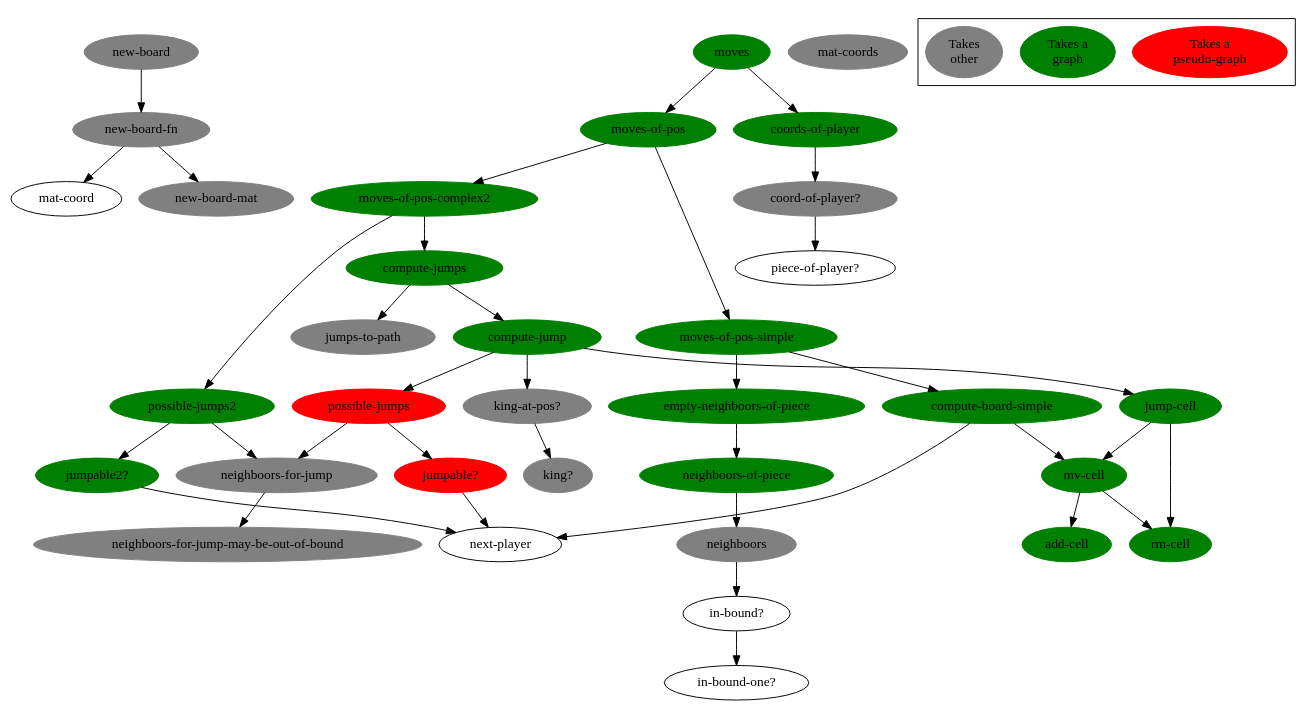
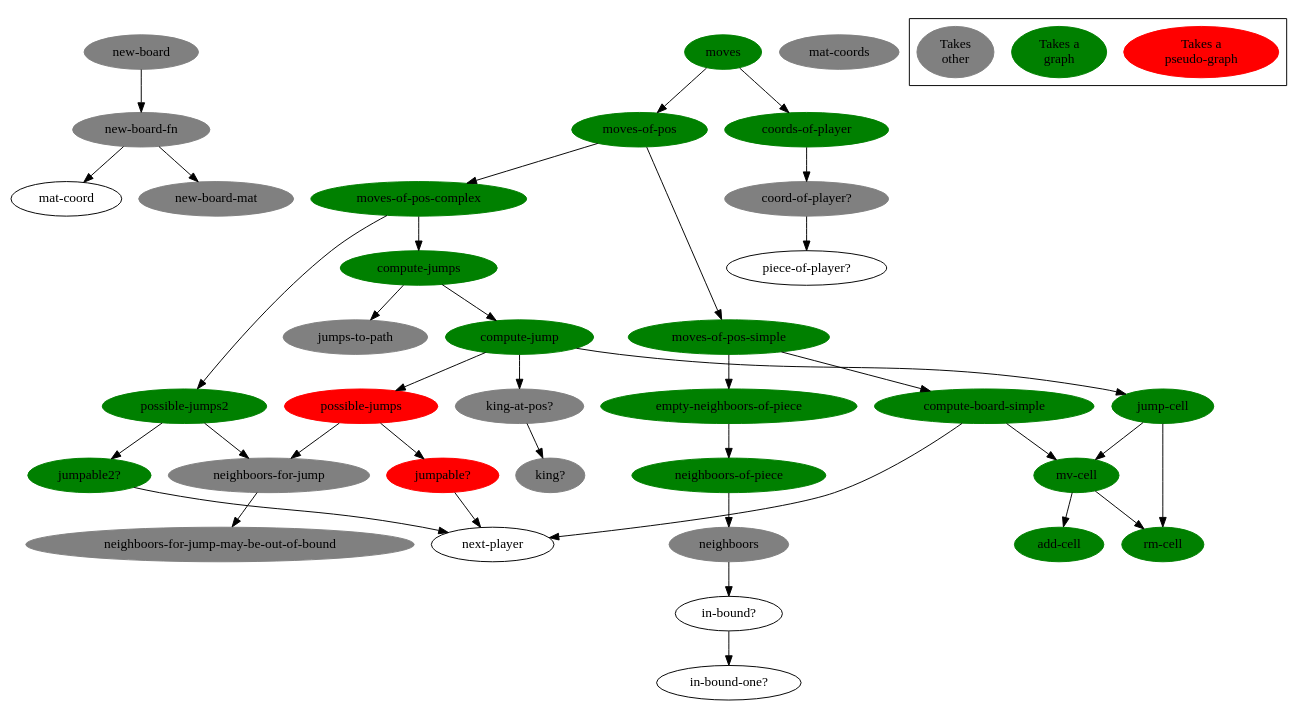
The diagram in doc/function-graph-detailled.dot (denlab/clojure-plays-checkers), drawn with Graphviz before and after one commit. The commit also changed 1 other file, not shown here.

Commit message:
refacto-in-progress: renamed moves-of-pos-complex2 -> moves-of-pos-complex

```diff
--- a/doc/function-graph-detailled.dot
+++ b/doc/function-graph-detailled.dot
@@ -1,119 +1,119 @@
 digraph funtions {
 
 /******************************************************************************
  *                         edges                                              *         
  ******************************************************************************/
 
         "new-board-fn" -> "mat-coord";
         "new-board-fn" -> "new-board-mat";
         
         "new-board" -> "new-board-fn";
 
         "in-bound?" -> "in-bound-one?";
 
         "neighboors" -> "in-bound?";
 
         "neighboors-of-piece" -> "neighboors";
 
         "empty-neighboors-of-piece" -> "neighboors-of-piece";
 
         "mv-cell" -> "rm-cell";
         "mv-cell" -> "add-cell";
 
         "compute-board-simple" -> "mv-cell";
         "compute-board-simple" -> "next-player";
 
         "moves-of-pos-simple" -> "compute-board-simple";
         "moves-of-pos-simple" ->  "empty-neighboors-of-piece";
         
         "neighboors-for-jump" -> "neighboors-for-jump-may-be-out-of-bound";
 
         "jumpable?" -> "next-player";
         "jumpable2?" -> "next-player";
 
         "possible-jumps" -> "jumpable?";
         "possible-jumps" -> "neighboors-for-jump";
 
         "possible-jumps2" -> "jumpable2?";
         "possible-jumps2" -> "neighboors-for-jump";
 
         "jump-cell" -> "rm-cell";
         "jump-cell" -> "mv-cell";
 
         "king-at-pos?" -> "king?";
 
         "compute-jump" -> "jump-cell";
         "compute-jump" -> "possible-jumps";
         "compute-jump" -> "king-at-pos?";
 
         "compute-jumps" -> "compute-jump";
         "compute-jumps" -> "jumps-to-path";
 
-        "moves-of-pos-complex2" -> "compute-jumps";
-        "moves-of-pos-complex2" -> "possible-jumps2";
+        "moves-of-pos-complex" -> "compute-jumps";
+        "moves-of-pos-complex" -> "possible-jumps2";
 
         "moves-of-pos" -> "moves-of-pos-simple";
-        "moves-of-pos" -> "moves-of-pos-complex2";
+        "moves-of-pos" -> "moves-of-pos-complex";
 
         "coord-of-player?" -> "piece-of-player?";
 
         "coords-of-player" -> "coord-of-player?";
 
         "moves" -> "moves-of-pos";
         "moves" -> "coords-of-player";
 
 /******************************************************************************
  *                         nodes                                              *         
  ******************************************************************************/
 
         "moves"[bgcolor=green color=green style=filled];
         "coords-of-player"[bgcolor=green color=green style=filled];
         "moves-of-pos"[bgcolor=green color=green style=filled];
-        "moves-of-pos-complex2"[bgcolor=green color=green style=filled];
+        "moves-of-pos-complex"[bgcolor=green color=green style=filled];
         "moves-of-pos-simple"[bgcolor=green color=green style=filled];
         "compute-board-simple"[bgcolor=green color=green style=filled];
         "mv-cell"[bgcolor=green color=green style=filled];
         "add-cell"[bgcolor=green color=green style=filled];
         "rm-cell"[bgcolor=green color=green style=filled];
         "empty-neighboors-of-piece"[bgcolor=green color=green style=filled];
         "neighboors-of-piece"[bgcolor=green color=green style=filled];
 
         "compute-jump"[bgcolor=green color=green style=filled];
 
         "jump-cell"[bgcolor=green color=green style=filled];
         "possible-jumps"[bgcolor=red color=red style=filled];
         "possible-jumps2"[bgcolor=green color=green style=filled];
         "jumpable?"[bgcolor=red color=red style=filled];
         "jumpable2?"[bgcolor=green color=green style=filled];
 
         "coord-of-player?"[bgcolor=grey color=grey style=filled];
         "jumps-to-path"[bgcolor=grey color=grey style=filled];
         "king-at-pos?"[bgcolor=grey color=grey style=filled];
         "king?"[bgcolor=grey color=grey style=filled];
         "neighboors-for-jump"[bgcolor=grey color=grey style=filled];
         "neighboors-for-jump-may-be-out-of-bound"[bgcolor=grey color=grey style=filled];
         "neighboors"[bgcolor=grey color=grey style=filled];
         "new-board"[bgcolor=grey color=grey style=filled];
         "new-board-fn"[bgcolor=grey color=grey style=filled];
         "new-board-mat"[bgcolor=grey color=grey style=filled];
         "mat-coords"[bgcolor=grey color=grey style=filled];
 
 
         "compute-jumps"[bgcolor=green color=green style=filled];
 
 /******************************************************************************
  *                         legend                                             *         
  ******************************************************************************/
 
         "Takes a\npseudo-graph"[bgcolor=red color=red style=filled];
         "Takes a\ngraph"[bgcolor=green color=green style=filled];
 //        "Takes\nother"[bgcolor="#94003f" color="#94003f" style=filled];
         "Takes\nother"[bgcolor=grey color=grey style=filled];
 
         subgraph "cluster-legend" {
                 "Takes a\npseudo-graph";
                 "Takes a\ngraph";
                 "Takes\nother";
         }
 
 }
```
